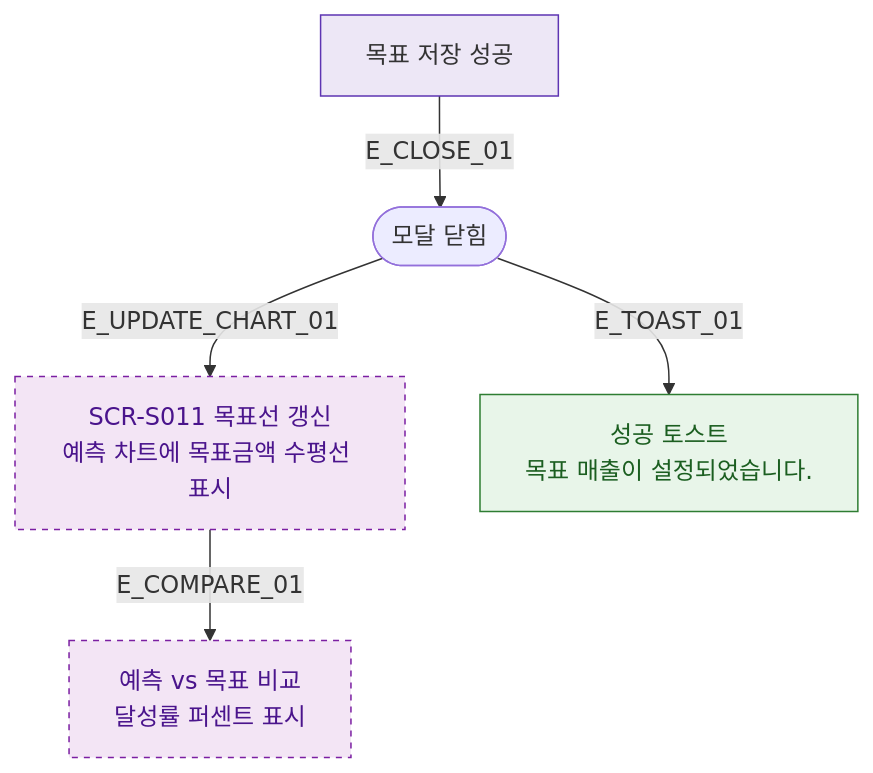
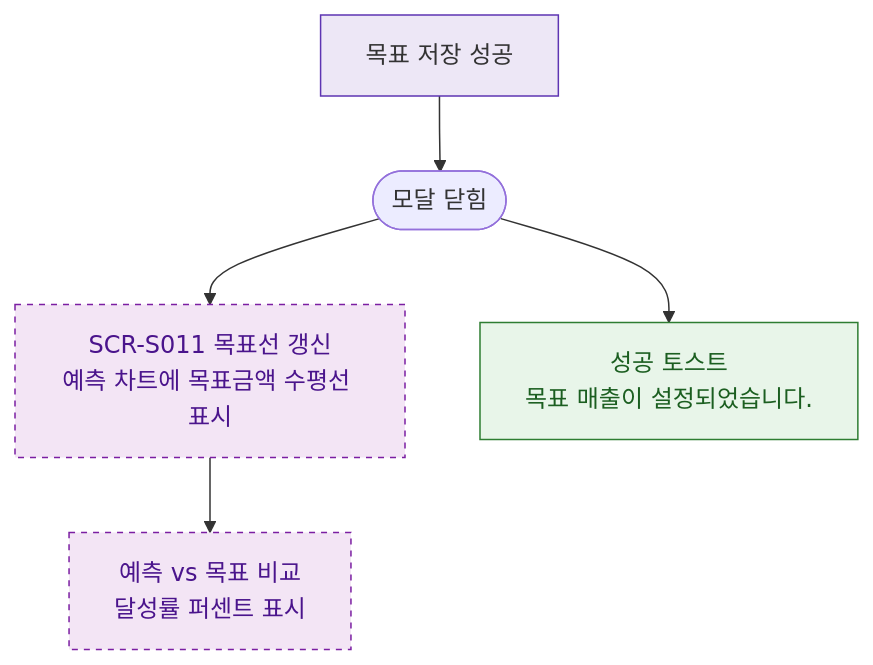
One commit to dev-spogym/admin-pando changed the diagram in docs/다이어그램/D03_매출관리/DLG-S012_목표매출설정/M3_결과분기.md. Above: the diagram before and after it, drawn with Mermaid. The commit also changed other lines of this file and 1660 other files, not shown here.

First line of the commit message:
다이어그램: 기획자/클라이언트 납품본으로 정리

````diff
--- a/docs/다이어그램/D03_매출관리/DLG-S012_목표매출설정/M3_결과분기.md
+++ b/docs/다이어그램/D03_매출관리/DLG-S012_목표매출설정/M3_결과분기.md
@@ -20,16 +18,16 @@
 ```mermaid
 flowchart TD
-    SAVE_OK[목표 저장 성공] -->|E_CLOSE_01| CLOSED([모달 닫힘])
-    CLOSED -->|E_UPDATE_CHART_01| UPDATE_CHART[SCR-S011 목표선 갱신\n예측 차트에 목표금액 수평선 표시]
-    CLOSED -->|E_TOAST_01| SUCCESS_TOAST[성공 토스트\n목표 매출이 설정되었습니다.]
+    SAVE_OK[목표 저장 성공] --> CLOSED([모달 닫힘])
+    CLOSED --> UPDATE_CHART[SCR-S011 목표선 갱신\n예측 차트에 목표금액 수평선 표시]
+    CLOSED --> SUCCESS_TOAST[성공 토스트\n목표 매출이 설정되었습니다.]
 
-    UPDATE_CHART -->|E_COMPARE_01| COMPARE[예측 vs 목표 비교\n달성률 퍼센트 표시]
+    UPDATE_CHART --> COMPARE[예측 vs 목표 비교\n달성률 퍼센트 표시]
 
     classDef newFeature fill:#F3E5F5,stroke:#7B1FA2,color:#4A148C,stroke-dasharray:4 4
     classDef system fill:#EDE7F6,stroke:#5E35B2
     classDef success fill:#E8F5E9,stroke:#2E7D32,color:#1B5E20
 
     class UPDATE_CHART,COMPARE newFeature
     class SAVE_OK system
     class SUCCESS_TOAST success
 ```
````
